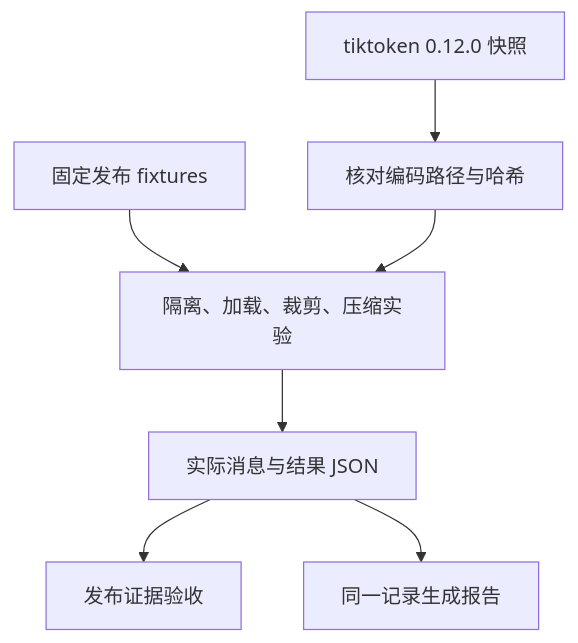
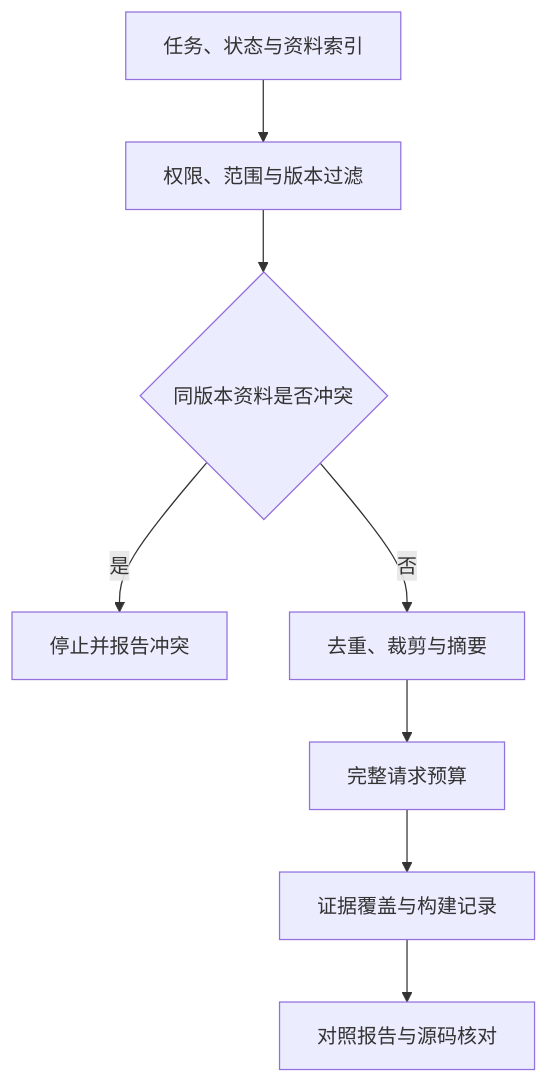
One commit to HarryYangthu/TheBestAIGuide changed the diagram in 10-Knowledge/06-context-management/04-experiments-and-source.md. Above: the diagram before and after it, drawn with Mermaid. The commit also changed other lines of this file and 40 other files, not shown here.

````diff
--- a/10-Knowledge/06-context-management/04-experiments-and-source.md
+++ b/10-Knowledge/06-context-management/04-experiments-and-source.md
@@ -5,9 +5,10 @@
 ```mermaid
 flowchart TD
-    F["固定发布 fixtures"] --> E["隔离、加载、裁剪、压缩实验"]
-    E --> M["实际消息与结果 JSON"]
-    M --> A["发布证据验收"]
-    M --> R["同一记录生成报告"]
-    T["tiktoken 0.12.0 快照"] --> V["核对编码路径与哈希"]
-    V --> E
+    F["任务、状态与资料索引"] --> P["权限、范围与版本过滤"]
+    P --> C{"同版本资料是否冲突"}
+    C -->|是| X["停止并报告冲突"]
+    C -->|否| E["去重、裁剪与摘要"]
+    E --> M["完整请求预算"]
+    M --> A["证据覆盖与构建记录"]
+    A --> R["对照报告与源码核对"]
 ```
````
